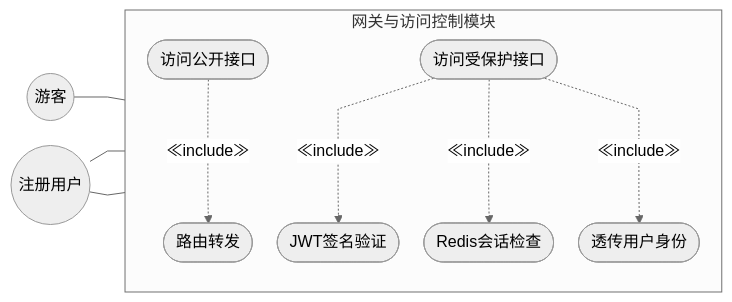
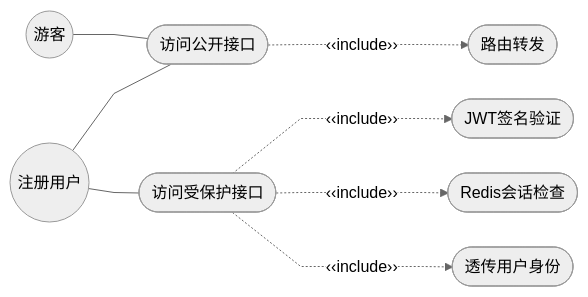
Before and after one commit to Wkjlovec/graduation_project_zhuang: the diagram in docs/diagrams/fig3-8-gateway-usecase.mmd, drawn with Mermaid. The commit also changed 13 other files, not shown here.

Commit message:
docs: 修正用例图标签为‹‹include/extend››, 去除subgraph改为扁平布局使线条更直

```diff
--- a/docs/diagrams/fig3-8-gateway-usecase.mmd
+++ b/docs/diagrams/fig3-8-gateway-usecase.mmd
@@ -1,22 +1,9 @@
-%%{init: {'theme': 'neutral', 'flowchart': {'curve': 'linear', 'rankSpacing': 35, 'nodeSpacing': 25}}}%%
+%%{init: {'theme': 'neutral', 'flowchart': {'curve': 'linear', 'rankSpacing': 50, 'nodeSpacing': 35}}}%%
 graph LR
-    Guest((游客))
-    User((注册用户))
-
-    subgraph 网关与访问控制模块
-        direction TB
-        UC1([访问公开接口])
-        UC2([访问受保护接口])
-        UC3([路由转发])
-        UC4([JWT签名验证])
-        UC5([Redis会话检查])
-        UC6([透传用户身份])
-    end
-
-    Guest --- UC1
-    User --- UC1
-    User --- UC2
-    UC1 -..->|"≪include≫"| UC3
-    UC2 -..->|"≪include≫"| UC4
-    UC2 -..->|"≪include≫"| UC5
-    UC2 -..->|"≪include≫"| UC6
+    Guest((游客)) --- UC1([访问公开接口])
+    User((注册用户)) --- UC1
+    User --- UC2([访问受保护接口])
+    UC1 -..->|"‹‹include››"| UC3([路由转发])
+    UC2 -..->|"‹‹include››"| UC4([JWT签名验证])
+    UC2 -..->|"‹‹include››"| UC5([Redis会话检查])
+    UC2 -..->|"‹‹include››"| UC6([透传用户身份])
```
